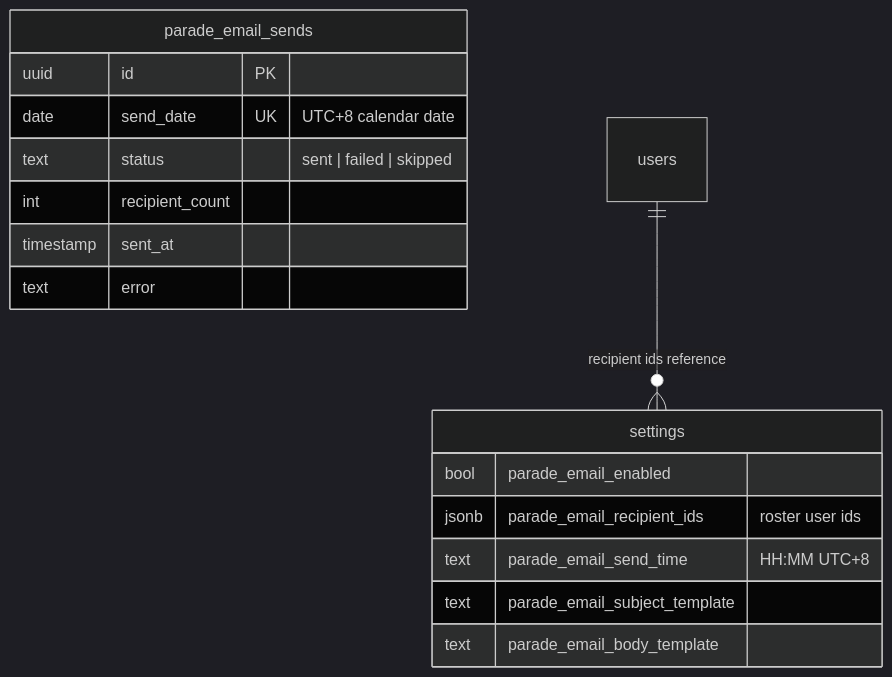
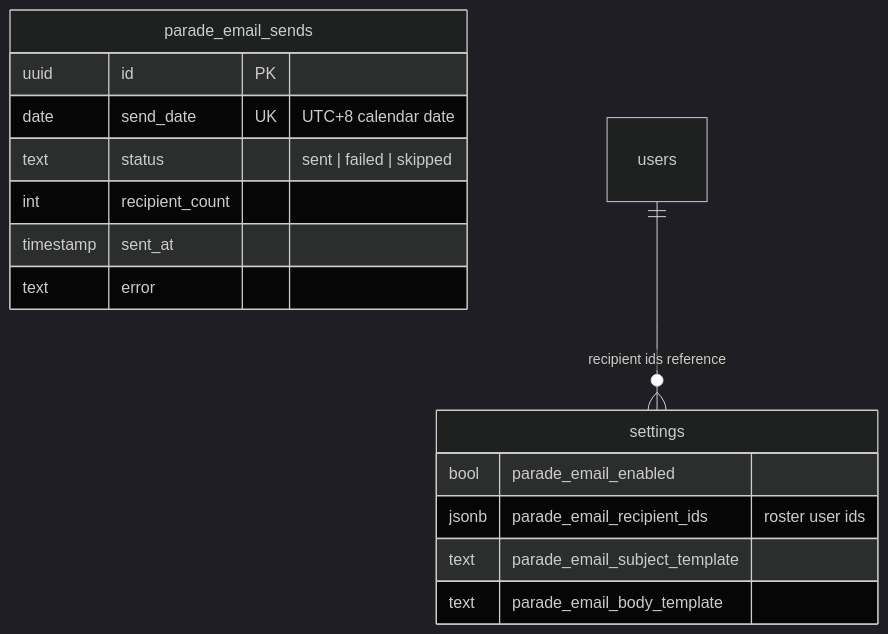
Before and after one commit to oncloudnintynineone-source/cloudy2: the second of 2 diagrams in docs/parade-state-email.md, drawn with Mermaid (dark theme). The commit also changed other lines of this file and 18 other files, not shown here.

Commit message:
feat: fix parade-state email to a weekday 08:00 schedule; drop in-app send time

````diff
--- a/docs/parade-state-email.md
+++ b/docs/parade-state-email.md
@@ -55,19 +56,18 @@
 ```mermaid
 erDiagram
  settings {
   bool parade_email_enabled
   jsonb parade_email_recipient_ids "roster user ids"
-  text parade_email_send_time "HH:MM UTC+8"
   text parade_email_subject_template
   text parade_email_body_template
  }
  parade_email_sends {
   uuid id PK
   date send_date UK "UTC+8 calendar date"
   text status "sent | failed | skipped"
   int recipient_count
   timestamp sent_at
   text error
  }
  users ||--o{ settings : "recipient ids reference"
 ```
````
